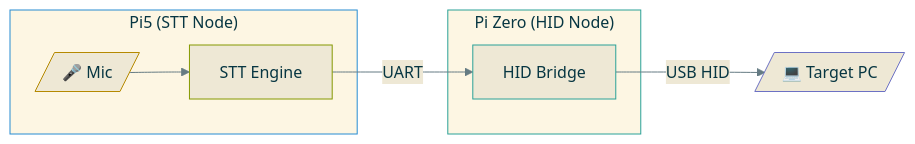
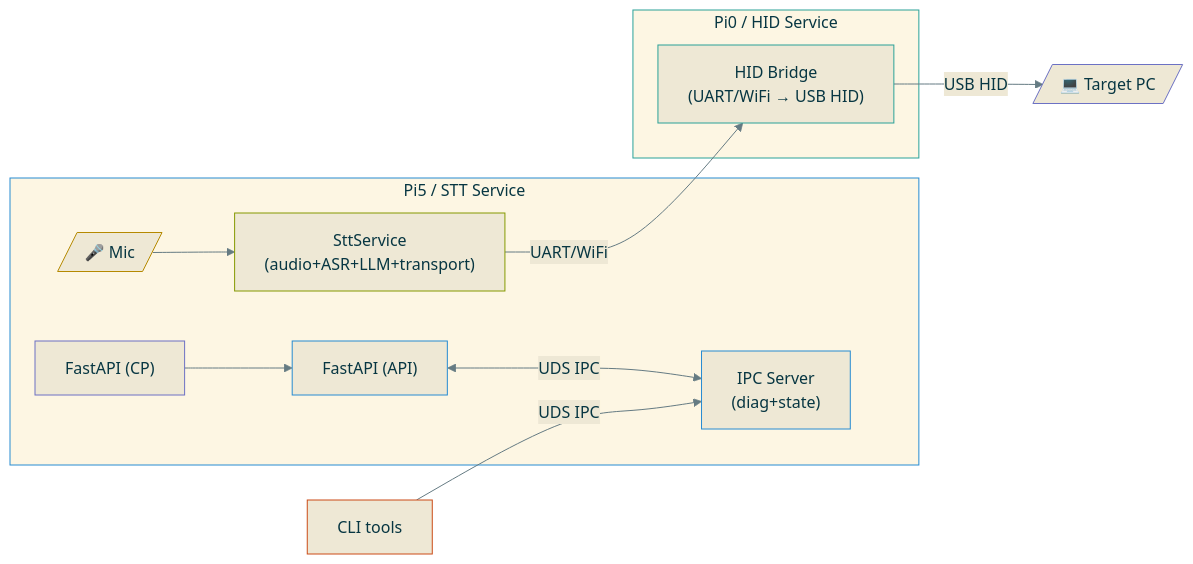
The first of 18 diagrams in docs/diagrams.md (cprima-homelab/dictacode), drawn with Mermaid before and after one commit. The commit also changed other lines of this file and 3 other files, not shown here.

First line of the commit message:
Add architecture plans v0.3.10-v0.3.11 and code map tool

````diff
--- a/docs/diagrams.md
+++ b/docs/diagrams.md
@@ -12,23 +12,33 @@
 ```mermaid
 %%{init: {'theme': 'base', 'themeVariables': { 'primaryColor': '#fdf6e3', 'primaryTextColor': '#073642', 'primaryBorderColor': '#268bd2', 'lineColor': '#657b83', 'secondaryColor': '#eee8d5', 'tertiaryColor': '#fdf6e3'}}}%%
 flowchart LR
-    subgraph Pi5["Pi5 (STT Node)"]
-        MIC[/"🎤 Mic"/]
-        STT["STT Engine"]
+    subgraph STT["Pi5 / STT Service"]
+      MIC[/"🎤 Mic"/]
+      SVC["SttService\n(audio+ASR+LLM+transport)"]
+      IPC["IPC Server\n(diag+state)"]
+      API["FastAPI (API)"]
+      CP["FastAPI (CP)"]
     end
-    subgraph Pi0["Pi Zero (HID Node)"]
-        HID["HID Bridge"]
+    subgraph HID["Pi0 / HID Service"]
+      HIDB["HID Bridge\n(UART/WiFi → USB HID)"]
     end
     PC[/"💻 Target PC"/]
 
-    MIC --> STT
-    STT -->|UART| HID
-    HID -->|USB HID| PC
+    MIC --> SVC
+    SVC -->|UART/WiFi| HIDB
+    HIDB -->|USB HID| PC
+    API <-->|UDS IPC| IPC
+    CP --> API
+    CLI[CLI tools] -->|UDS IPC| IPC
 
-    style Pi5 fill:#fdf6e3,stroke:#268bd2,color:#073642
-    style Pi0 fill:#fdf6e3,stroke:#2aa198,color:#073642
+    style STT fill:#fdf6e3,stroke:#268bd2,color:#073642
+    style HID fill:#fdf6e3,stroke:#2aa198,color:#073642
     style MIC fill:#eee8d5,stroke:#b58900,color:#073642
-    style STT fill:#eee8d5,stroke:#859900,color:#073642
-    style HID fill:#eee8d5,stroke:#2aa198,color:#073642
+    style SVC fill:#eee8d5,stroke:#859900,color:#073642
+    style IPC fill:#eee8d5,stroke:#268bd2,color:#073642
+    style API fill:#eee8d5,stroke:#268bd2,color:#073642
+    style CP fill:#eee8d5,stroke:#6c71c4,color:#073642
+    style HIDB fill:#eee8d5,stroke:#2aa198,color:#073642
     style PC fill:#eee8d5,stroke:#6c71c4,color:#073642
+    style CLI fill:#eee8d5,stroke:#cb4b16,color:#073642
 ```
````
